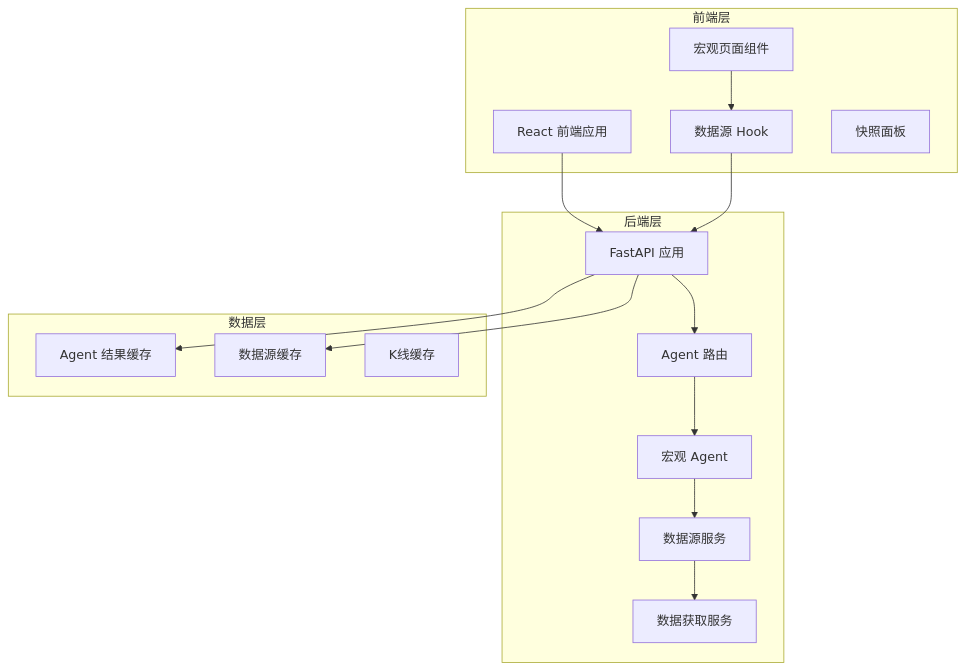
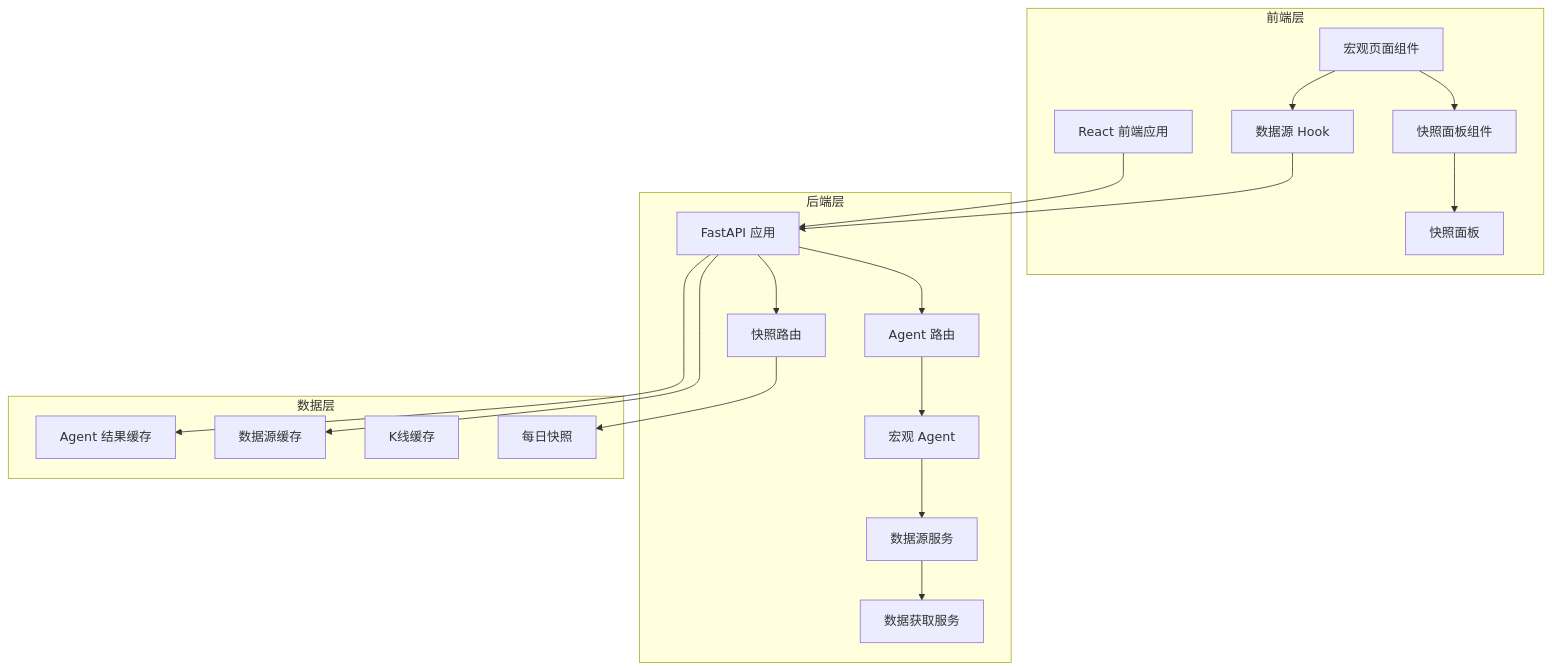
Before and after one commit to Moruime/stock_foker: the first of 10 diagrams in .qoder/repowiki/zh/content/前端组件/页面组件/宏观页面增强功能.md, drawn with Mermaid. The commit also changed other lines of this file and 22 other files, not shown here.

````diff
--- a/.qoder/repowiki/zh/content/前端组件/页面组件/宏观页面增强功能.md
+++ b/.qoder/repowiki/zh/content/前端组件/页面组件/宏观页面增强功能.md
@@ -51,30 +56,37 @@
 ```mermaid
 graph TB
 subgraph "前端层"
 FP[React 前端应用]
 MP[宏观页面组件]
+DSP[快照面板组件]
 DS[数据源 Hook]
 SP[快照面板]
 end
 subgraph "后端层"
 API[FastAPI 应用]
 AR[Agent 路由]
 MA[宏观 Agent]
 DSF[数据源服务]
 DF[数据获取服务]
+SR[快照路由]
 end
 subgraph "数据层"
 AC[Agent 结果缓存]
 DSC[数据源缓存]
 KC[K线缓存]
+DNS[每日快照]
 end
 FP --> API
+MP --> DSP
+DSP --> SP
 MP --> DS
 DS --> API
 API --> AR
 AR --> MA
 MA --> DSF
 DSF --> DF
+API --> SR
+SR --> DNS
 API --> AC
 API --> DSC
 ```
````
